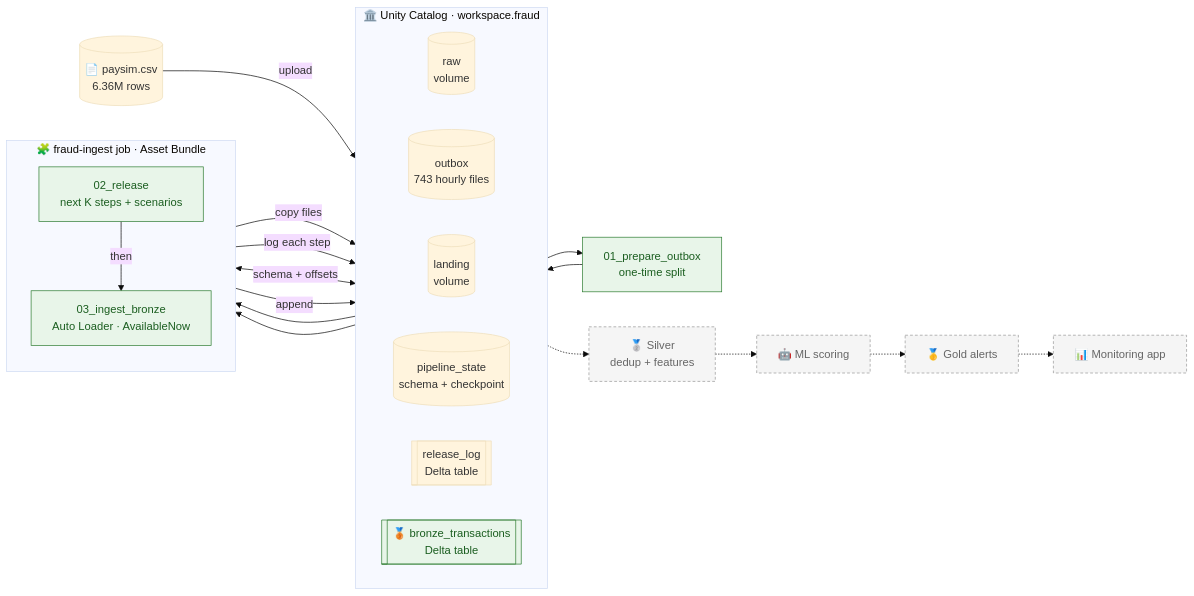
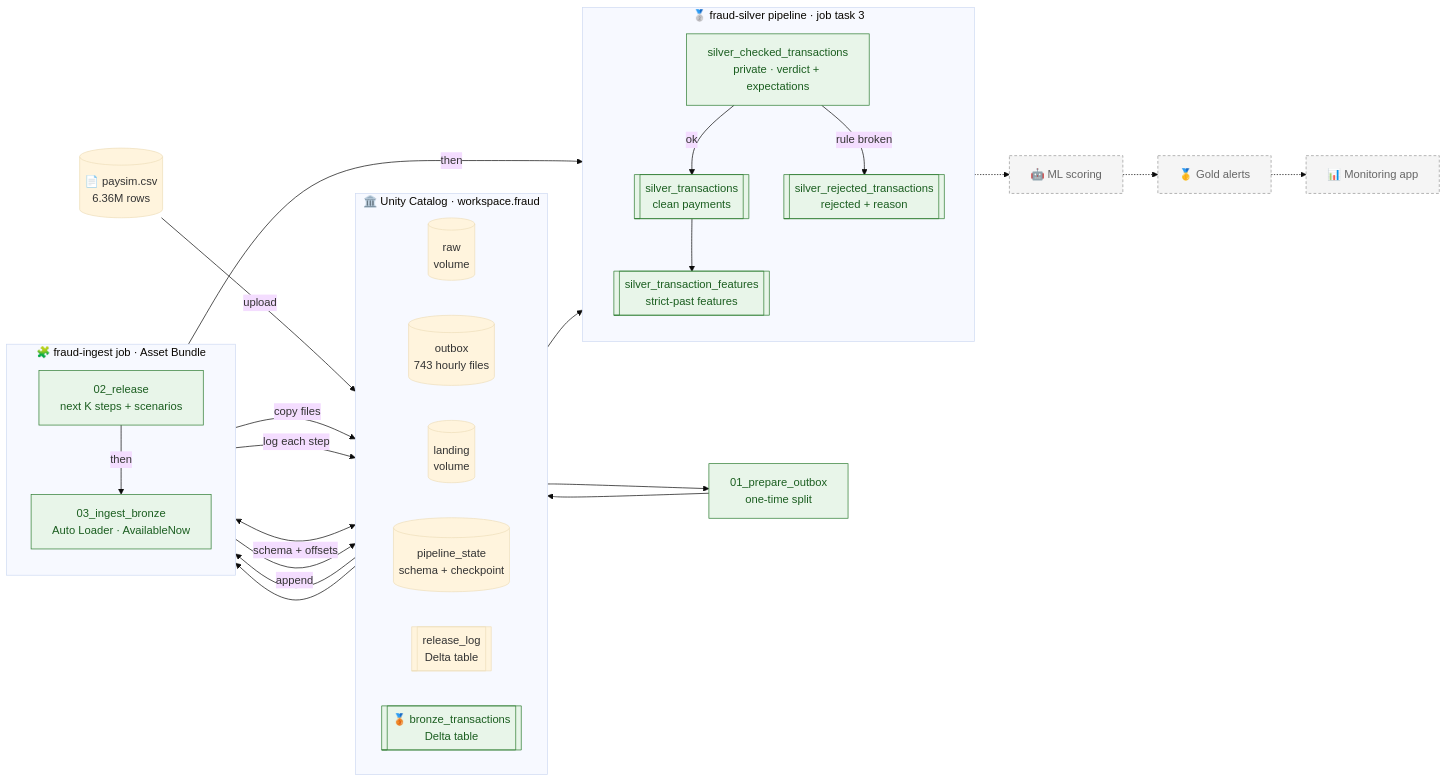
One commit to deepan-mehta-analytics/databricks-fraud-detection changed the diagram in README.md. Above: the diagram before and after it, drawn with Mermaid (base theme). The commit also changed other lines of this file and 13 other files, not shown here.

````diff
--- a/README.md
+++ b/README.md
@@ -112,41 +125,54 @@
 ```mermaid
 flowchart LR
     CSV[("📄 paysim.csv<br/>6.36M rows")]
 
     subgraph UC["🏛️ Unity Catalog · workspace.fraud"]
         direction LR
         RAW[("raw<br/>volume")]
         OUT[("outbox<br/>743 hourly files")]
         LAND[("landing<br/>volume")]
         STATE[("pipeline_state<br/>schema + checkpoint")]
         LOG[["release_log<br/>Delta table"]]
         BRONZE[["🥉 bronze_transactions<br/>Delta table"]]
     end
 
     subgraph JOB["🧩 fraud-ingest job · Asset Bundle"]
         direction TB
         REL["02_release<br/>next K steps + scenarios"]
         ING["03_ingest_bronze<br/>Auto Loader · AvailableNow"]
         REL -->|then| ING
     end
 
     SPLIT["01_prepare_outbox<br/>one-time split"]
 
     CSV -->|upload| RAW --> SPLIT --> OUT
     OUT --> REL
     REL -->|copy files| LAND
     REL -->|log each step| LOG
     LAND --> ING
     ING <-->|schema + offsets| STATE
     ING -->|append| BRONZE
 
-    BRONZE -.-> SILVER["🥈 Silver<br/>dedup + features"]
-    SILVER -.-> ML["🤖 ML scoring"]
+    subgraph PIPE["🥈 fraud-silver pipeline · job task 3"]
+        direction TB
+        CHK["silver_checked_transactions<br/>private · verdict + expectations"]
+        CLEAN[["silver_transactions<br/>clean payments"]]
+        REJ[["silver_rejected_transactions<br/>rejected + reason"]]
+        FEAT[["silver_transaction_features<br/>strict-past features"]]
+        CHK -->|ok| CLEAN
+        CHK -->|rule broken| REJ
+        CLEAN --> FEAT
+    end
+
+    ING -->|then| CHK
+    BRONZE --> CHK
+
+    FEAT -.-> ML["🤖 ML scoring"]
     ML -.-> GOLD["🥇 Gold alerts"]
     GOLD -.-> APP["📊 Monitoring app"]
 
     classDef planned fill:#f5f5f5,stroke:#999,stroke-dasharray:4 3,color:#666
     classDef done fill:#e8f5e9,stroke:#2e7d32,color:#1b5e20
-    class SILVER,ML,GOLD,APP planned
-    class REL,ING,SPLIT,BRONZE done
+    class ML,GOLD,APP planned
+    class REL,ING,SPLIT,BRONZE,CHK,CLEAN,REJ,FEAT done
 ```
````
